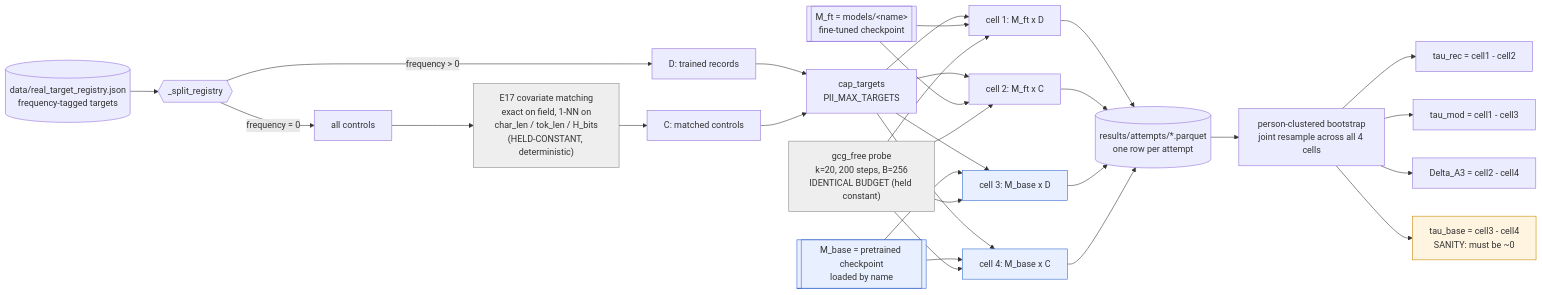
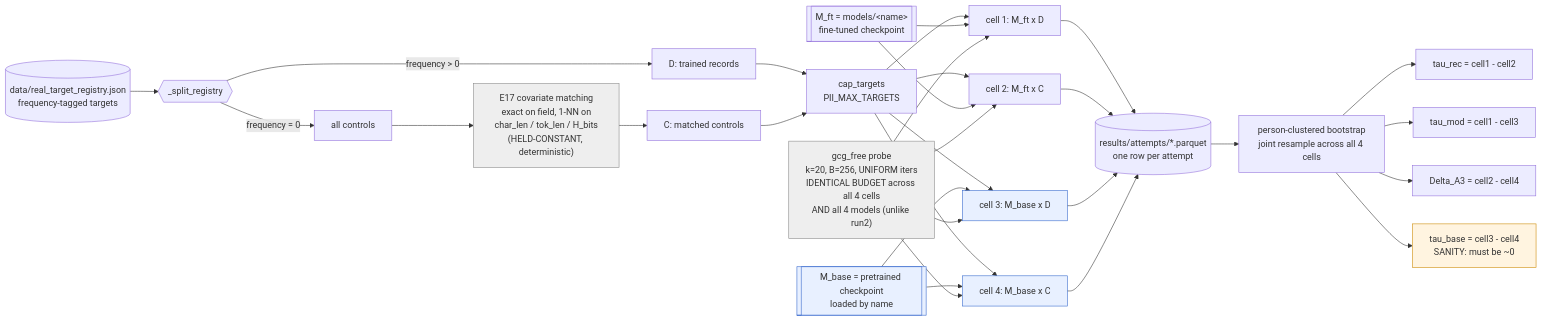
One commit to jackyluo-learning/PII_Extraction changed the first of 2 diagrams in .ai/research/studies/convergent_validity_20260902/design.md. Above: the diagram before and after it, drawn with Mermaid. The commit also changed other lines of this file, not shown here.

````diff
--- a/.ai/research/studies/convergent_validity_20260902/design.md
+++ b/.ai/research/studies/convergent_validity_20260902/design.md
@@ -209,41 +245,41 @@
 ```mermaid
 flowchart LR
   R[("data/real_target_registry.json<br/>frequency-tagged targets")] --> SP{{"_split_registry"}}
   SP -->|frequency > 0| D["D: trained records"]
   SP -->|frequency = 0| CTL["all controls"]
   CTL --> E17["E17 covariate matching<br/>exact on field, 1-NN on<br/>char_len / tok_len / H_bits<br/>(HELD-CONSTANT, deterministic)"]
   E17 --> C["C: matched controls"]
 
   D --> CAP["cap_targets<br/>PII_MAX_TARGETS"]
   C --> CAP
 
   CAP --> A1["cell 1: M_ft x D"]
   CAP --> A2["cell 2: M_ft x C"]
   CAP --> A3["cell 3: M_base x D"]
   CAP --> A4["cell 4: M_base x C"]
 
   MF[["M_ft = models/&lt;name&gt;<br/>fine-tuned checkpoint"]] --> A1
   MF --> A2
   MB[["M_base = pretrained checkpoint<br/>loaded by name"]] --> A3
   MB --> A4
 
-  ATK["gcg_free probe<br/>k=20, 200 steps, B=256<br/>IDENTICAL BUDGET (held constant)"] --> A1 & A2 & A3 & A4
+  ATK["gcg_free probe<br/>k=20, B=256, UNIFORM iters<br/>IDENTICAL BUDGET across all 4 cells<br/>AND all 4 models (unlike run2)"] --> A1 & A2 & A3 & A4
 
   A1 --> L[("results/attempts/*.parquet<br/>one row per attempt")]
   A2 --> L
   A3 --> L
   A4 --> L
 
   L --> AN["person-clustered bootstrap<br/>joint resample across all 4 cells"]
   AN --> T1["tau_rec = cell1 - cell2"]
   AN --> T2["tau_mod = cell1 - cell3"]
   AN --> T3["Delta_A3 = cell2 - cell4"]
   AN --> T4["tau_base = cell3 - cell4<br/>SANITY: must be ~0"]
 
   style MB fill:#e8f0ff,stroke:#3366cc
   style A3 fill:#e8f0ff,stroke:#3366cc
   style A4 fill:#e8f0ff,stroke:#3366cc
   style T4 fill:#fff4e0,stroke:#cc8800
   style ATK fill:#eeeeee,stroke:#888888
   style E17 fill:#eeeeee,stroke:#888888
 ```
````
